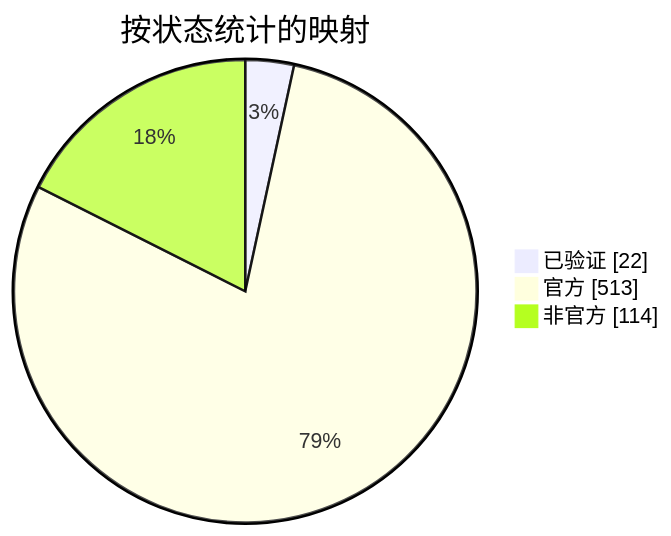
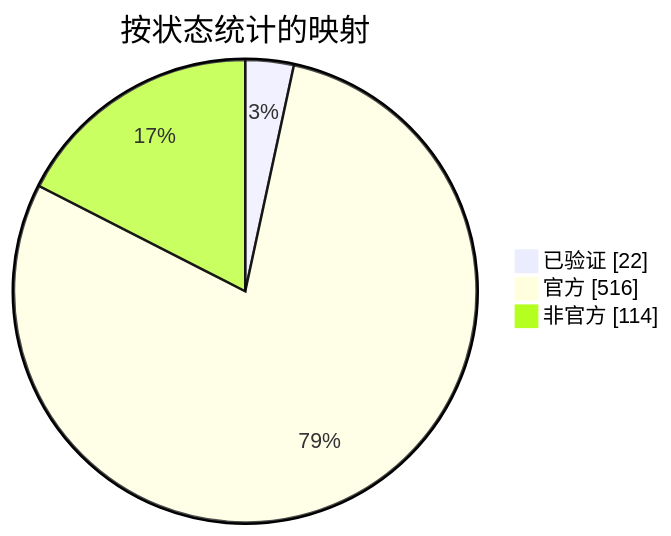
One commit to nobrega8/mbmap-library changed the diagram in docs/readme/README_ZHS.md. Above: the diagram before and after it, drawn with Mermaid. The commit also changed 8 other files, not shown here.

````diff
--- a/docs/readme/README_ZHS.md
+++ b/docs/readme/README_ZHS.md
@@ -54,7 +54,7 @@
 ```mermaid
 pie showData
     title 按状态统计的映射
     "已验证" : 22
-    "官方" : 513
+    "官方" : 516
     "非官方" : 114
 ```
````
